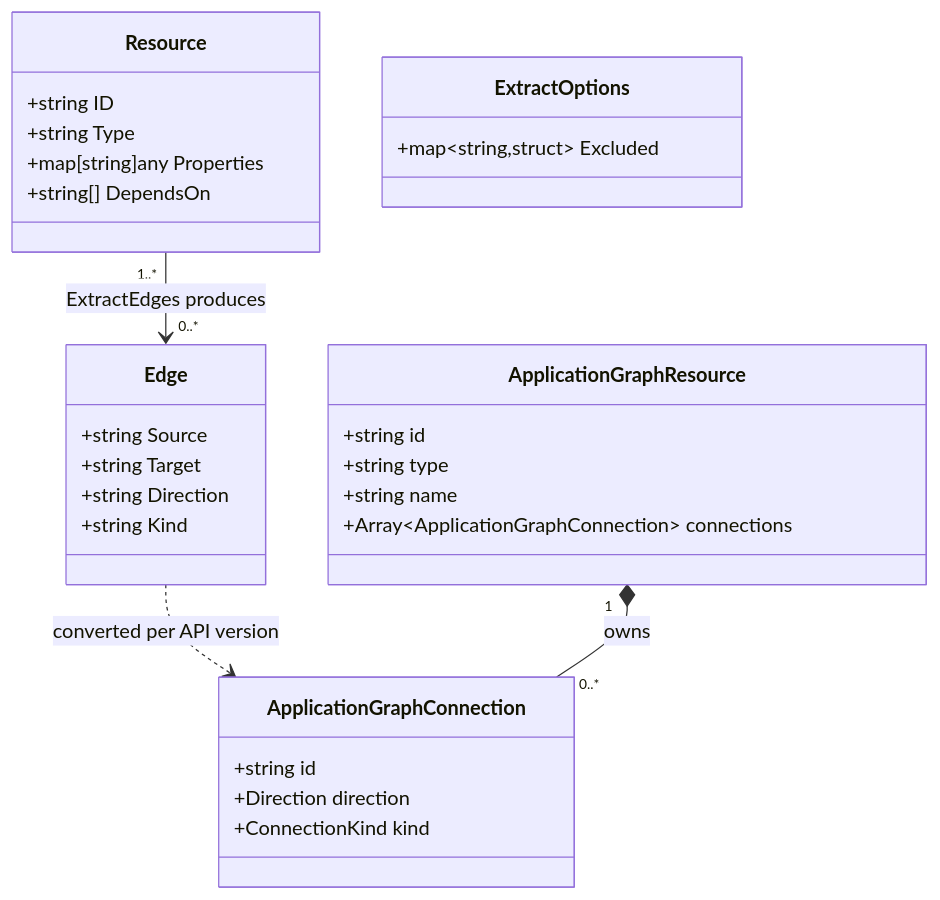
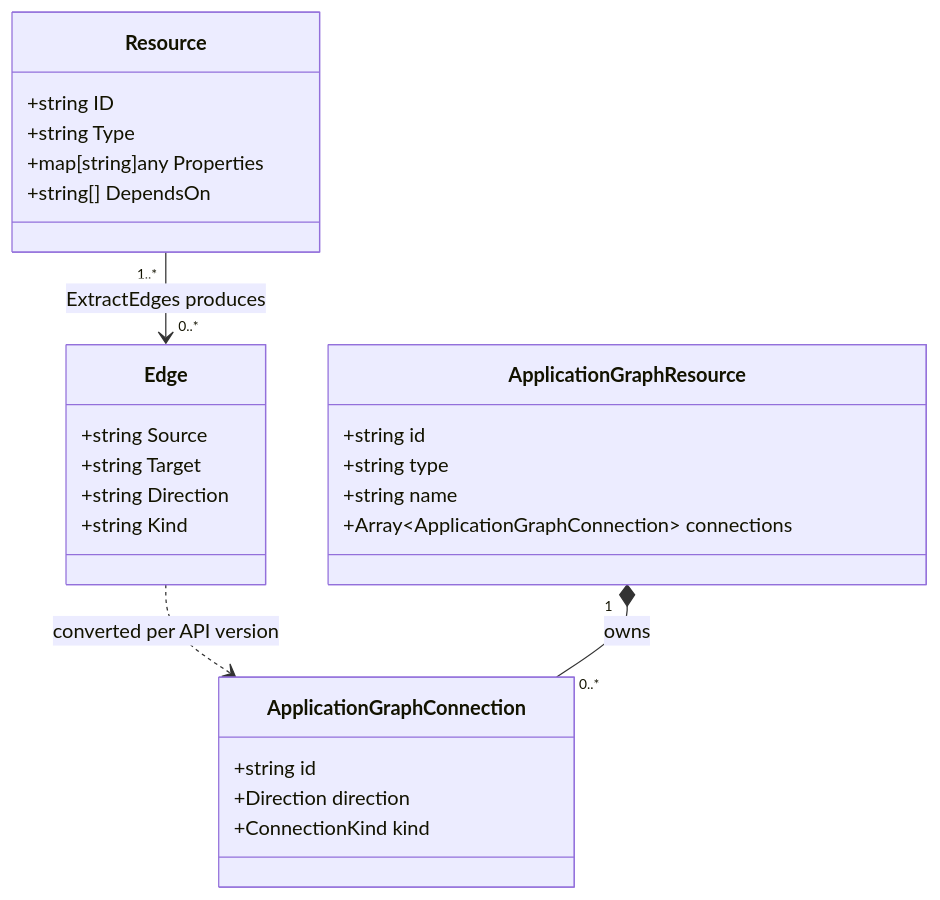
Before and after one commit to nithyatsu/radius: the diagram in specs/004-graph-dependency-edges/data-model.md, drawn with Mermaid. The commit also changed other lines of this file and 2 other files, not shown here.

First line of the commit message:
specs(004): drop ExtractOptions in favor of a plain parameter

````diff
--- a/specs/004-graph-dependency-edges/data-model.md
+++ b/specs/004-graph-dependency-edges/data-model.md
@@ -116,37 +114,33 @@
 ```mermaid
 classDiagram
     class Resource {
         +string ID
         +string Type
         +map[string]any Properties
         +string[] DependsOn
     }
 
     class Edge {
         +string Source
         +string Target
         +string Direction
         +string Kind
-    }
-
-    class ExtractOptions {
-        +map~string,struct~ Excluded
     }
 
     class ApplicationGraphConnection {
         +string id
         +Direction direction
         +ConnectionKind kind
     }
 
     class ApplicationGraphResource {
         +string id
         +string type
         +string name
         +Array~ApplicationGraphConnection~ connections
     }
 
     Resource "1..*" --> "0..*" Edge : ExtractEdges produces
     Edge ..> ApplicationGraphConnection : converted per API version
     ApplicationGraphResource "1" *-- "0..*" ApplicationGraphConnection : owns
 ```
````
